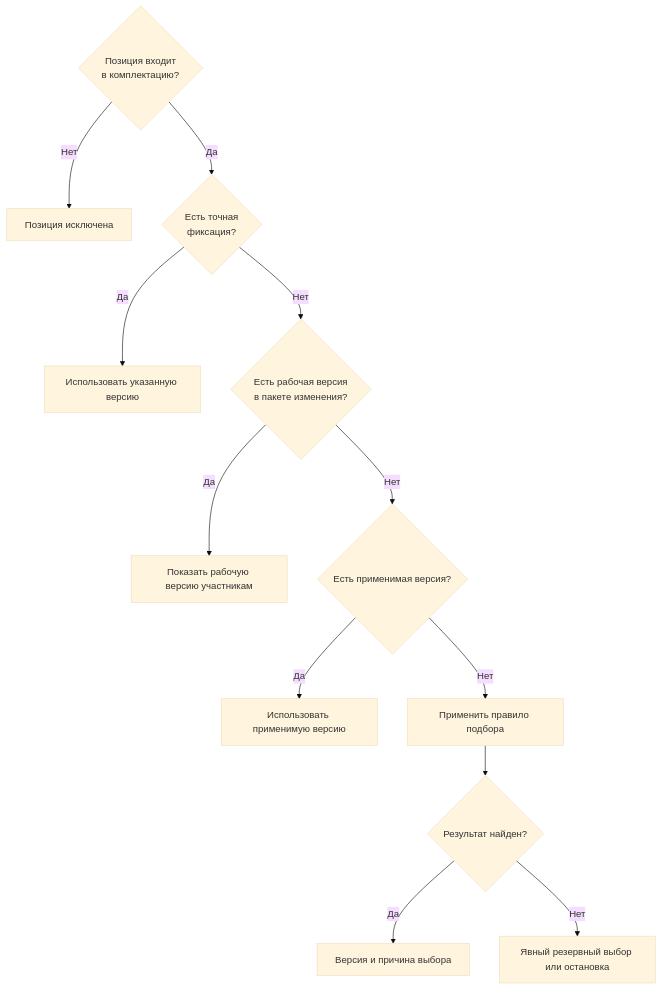
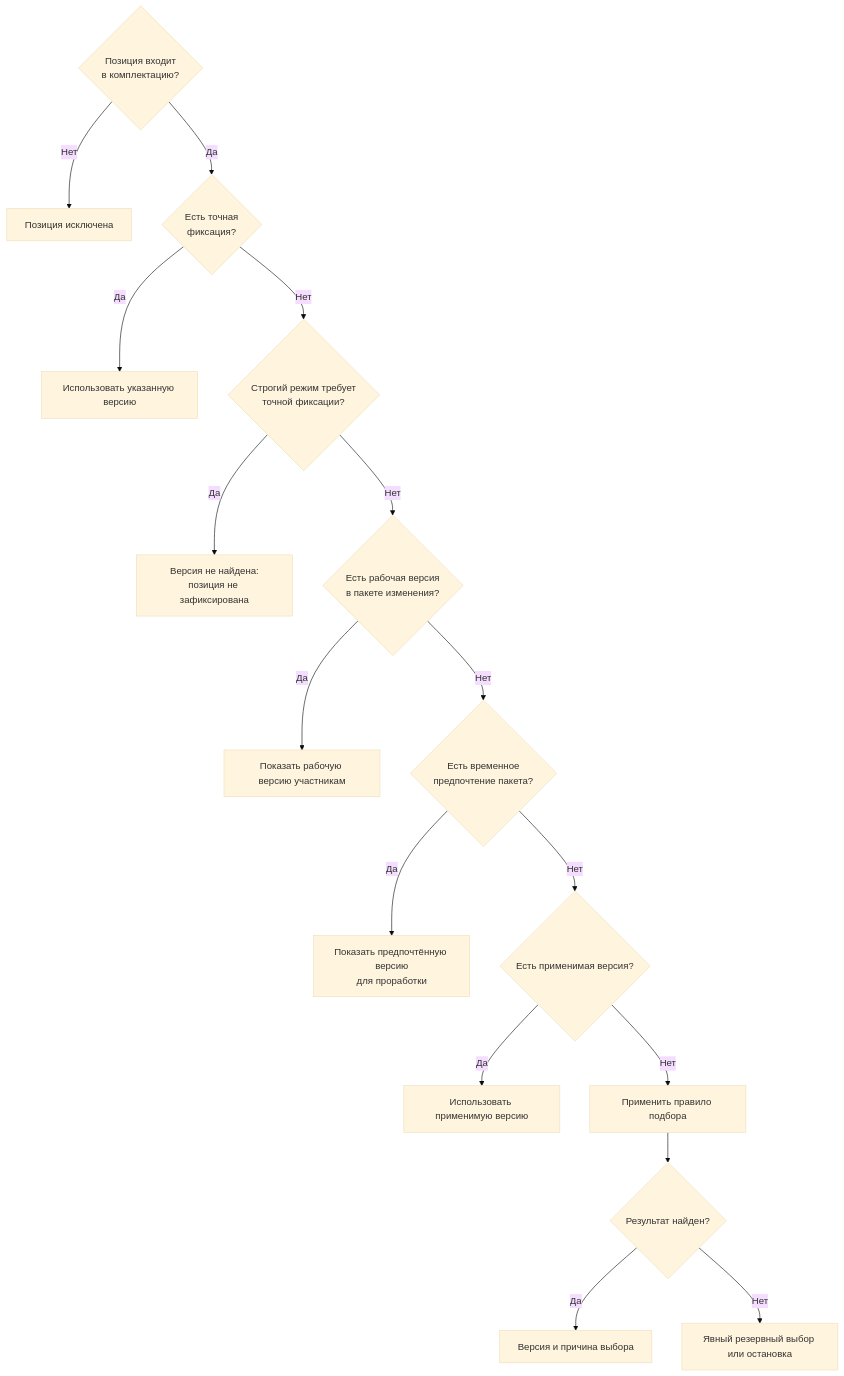
The diagram in wiki/Versions-and-composition.md (ZelAnton/Interlink-product-book), drawn with Mermaid (base theme) before and after one commit. The commit also changed other lines of this file and 67 other files, not shown here.

````diff
--- a/wiki/Versions-and-composition.md
+++ b/wiki/Versions-and-composition.md
@@ -23,14 +23,18 @@
 ```mermaid
 flowchart TD
-    A{"Позиция входит\nв комплектацию?"} -->|"Нет"| B["Позиция исключена"]
-    A -->|"Да"| C{"Есть точная\nфиксация?"}
+    A{"Позиция входит<br/>в комплектацию?"} -->|"Нет"| B["Позиция исключена"]
+    A -->|"Да"| C{"Есть точная<br/>фиксация?"}
     C -->|"Да"| D["Использовать указанную версию"]
-    C -->|"Нет"| E{"Есть рабочая версия\nв пакете изменения?"}
+    C -->|"Нет"| S{"Строгий режим требует<br/>точной фиксации?"}
+    S -->|"Да"| T["Версия не найдена:<br/>позиция не зафиксирована"]
+    S -->|"Нет"| E{"Есть рабочая версия<br/>в пакете изменения?"}
     E -->|"Да"| F["Показать рабочую версию участникам"]
-    E -->|"Нет"| G{"Есть применимая версия?"}
+    E -->|"Нет"| P{"Есть временное<br/>предпочтение пакета?"}
+    P -->|"Да"| Q["Показать предпочтённую версию<br/>для проработки"]
+    P -->|"Нет"| G{"Есть применимая версия?"}
     G -->|"Да"| H["Использовать применимую версию"]
     G -->|"Нет"| I["Применить правило подбора"]
     I --> J{"Результат найден?"}
     J -->|"Да"| K["Версия и причина выбора"]
     J -->|"Нет"| L["Явный резервный выбор или остановка"]
 ```
````
